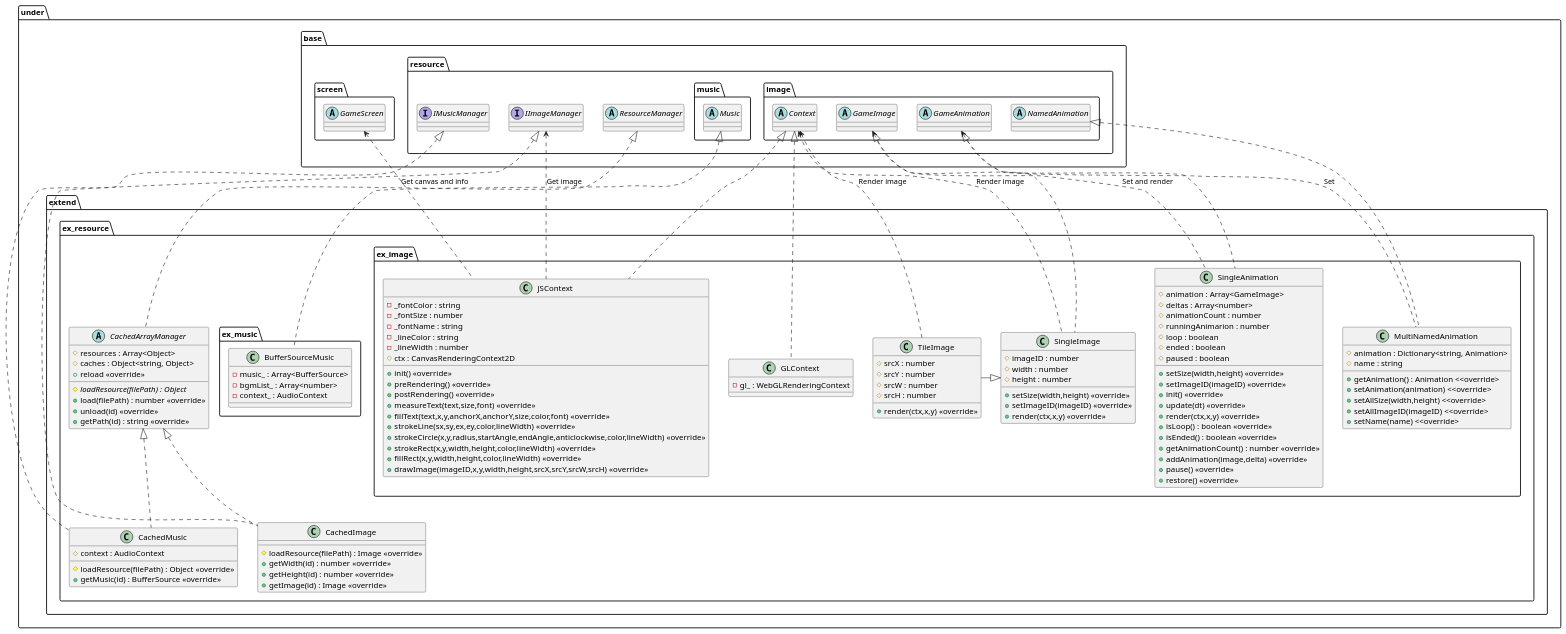
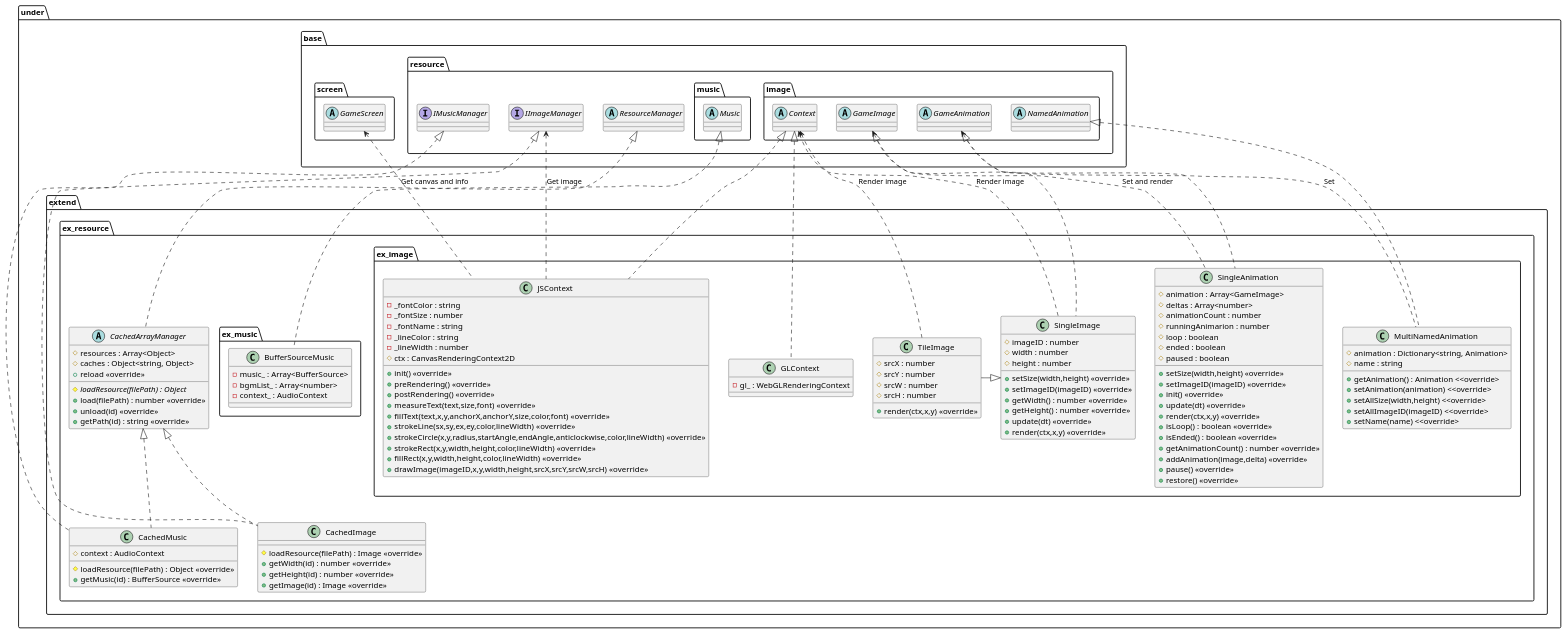
Before and after one commit to Expine/Under: the diagram in uml/gamebase/ExtendResource.wsd, drawn with PlantUML. The commit also changed 55 other files, not shown here.

```diff
--- a/uml/gamebase/ExtendResource.wsd
+++ b/uml/gamebase/ExtendResource.wsd
@@ -1,150 +1,153 @@
 @startuml GameBaseExtendResource
 
 package under {
     package extend {
         package ex_resource {
             abstract CachedArrayManager {
                 #resources : Array<Object>
                 #caches : Object<string, Object>
                 {abstract} #loadResource(filePath) : Object
                 +load(filePath) : number <<override>>
                 +unload(id) <<override>>
                 +reload <<override>>
                 +getPath(id) : string <<override>>
             }
             class CachedImage {
                 #loadResource(filePath) : Image <<override>>
                 +getWidth(id) : number <<override>>
                 +getHeight(id) : number <<override>>
                 +getImage(id) : Image <<override>>
             }
             class CachedMusic {
                 #context : AudioContext
                 #loadResource(filePath) : Object <<override>>
                 +getMusic(id) : BufferSource <<override>>
             }
             package ex_music {
                 class BufferSourceMusic {
                     -music_ : Array<BufferSource>
                     -bgmList_ : Array<number>
                     -context_ : AudioContext
                 }
             }
 
             package ex_image {
                 class JSContext {
                     -_fontColor : string
                     -_fontSize : number
                     -_fontName : string
                     -_lineColor : string
                     -_lineWidth : number
                     #ctx : CanvasRenderingContext2D
                     +init() <<override>>
                     +preRendering() <<override>>
                     +postRendering() <<override>>
                     +measureText(text,size,font) <<override>>
                     +fillText(text,x,y,anchorX,anchorY,size,color,font) <<override>>
                     +strokeLine(sx,sy,ex,ey,color,lineWidth) <<override>>
                     +strokeCircle(x,y,radius,startAngle,endAngle,anticlockwise,color,lineWidth) <<override>>
                     +strokeRect(x,y,width,height,color,lineWidth) <<override>>
                     +fillRect(x,y,width,height,color,lineWidth) <<override>>
                     +drawImage(imageID,x,y,width,height,srcX,srcY,srcW,srcH) <<override>>
                 }
                 class GLContext {
                     -gl_ : WebGLRenderingContext
                 }
                 class SingleImage {
                     #imageID : number
                     #width : number
                     #height : number
                     +setSize(width,height) <<override>>
                     +setImageID(imageID) <<override>>
+                    +getWidth() : number <<override>>
+                    +getHeight() : number <<override>>
+                    +update(dt) <<override>>
                     +render(ctx,x,y) <<override>>
                 }
                 class TileImage {
                     #srcX : number
                     #srcY : number
                     #srcW : number
                     #srcH : number
                     +render(ctx,x,y) <<override>>
                 }
                 class SingleAnimation {
                     #animation : Array<GameImage>
                     #deltas : Array<number>
                     #animationCount : number
                     #runningAnimarion : number
                     #loop : boolean
                     #ended : boolean
                     #paused : boolean
                     +setSize(width,height) <<override>>
                     +setImageID(imageID) <<override>>
                     +init() <<override>>
                     +update(dt) <<override>>
                     +render(ctx,x,y) <<override>>
                     +isLoop() : boolean <<override>>
                     +isEnded() : boolean <<override>>
                     +getAnimationCount() : number <<override>>
                     +addAnimation(image,delta) <<override>>
                     +pause() <<override>>
                     +restore() <<override>>
                 }
                 class MultiNamedAnimation {
                     #animation : Dictionary<string, Animation>
                     #name : string
                     +getAnimation() : Animation <<override>
                     +setAnimation(animation) <<override>
                     +setAllSize(width,height) <<override>
                     +setAllImageID(imageID) <<override>
                     +setName(name) <<override>
                 }
             }
 
         }
     }
 }
 
 package under {
     package base {
         package screen {
             abstract GameScreen
         }
         package resource {
             abstract ResourceManager
             interface IImageManager
             interface IMusicManager
             package music {
                 abstract Music
             }
             package image {
                 abstract Context
                 abstract GameImage
                 abstract GameAnimation
                 abstract NamedAnimation
             }
         }
     }
 }
 
 GameScreen <.. JSContext : Get canvas and info
 IImageManager <.. JSContext : Get image
 Context <.. SingleImage : Render image
 Context <.. TileImage : Render image
 GameImage <.. SingleAnimation : Set and render
 GameAnimation <.. MultiNamedAnimation : Set
 
 Context <|.. JSContext
 Context <|.. GLContext
 Music <|.. BufferSourceMusic
 
 ResourceManager <|.. CachedArrayManager
 CachedArrayManager <|.. CachedImage
 IImageManager <|.. CachedImage
 CachedArrayManager <|.. CachedMusic
 IMusicManager <|.. CachedMusic
 
 GameImage <|.. SingleImage
 SingleImage <|- TileImage
 GameAnimation <|.. SingleAnimation
 NamedAnimation <|.. MultiNamedAnimation
 
 @enduml
```
